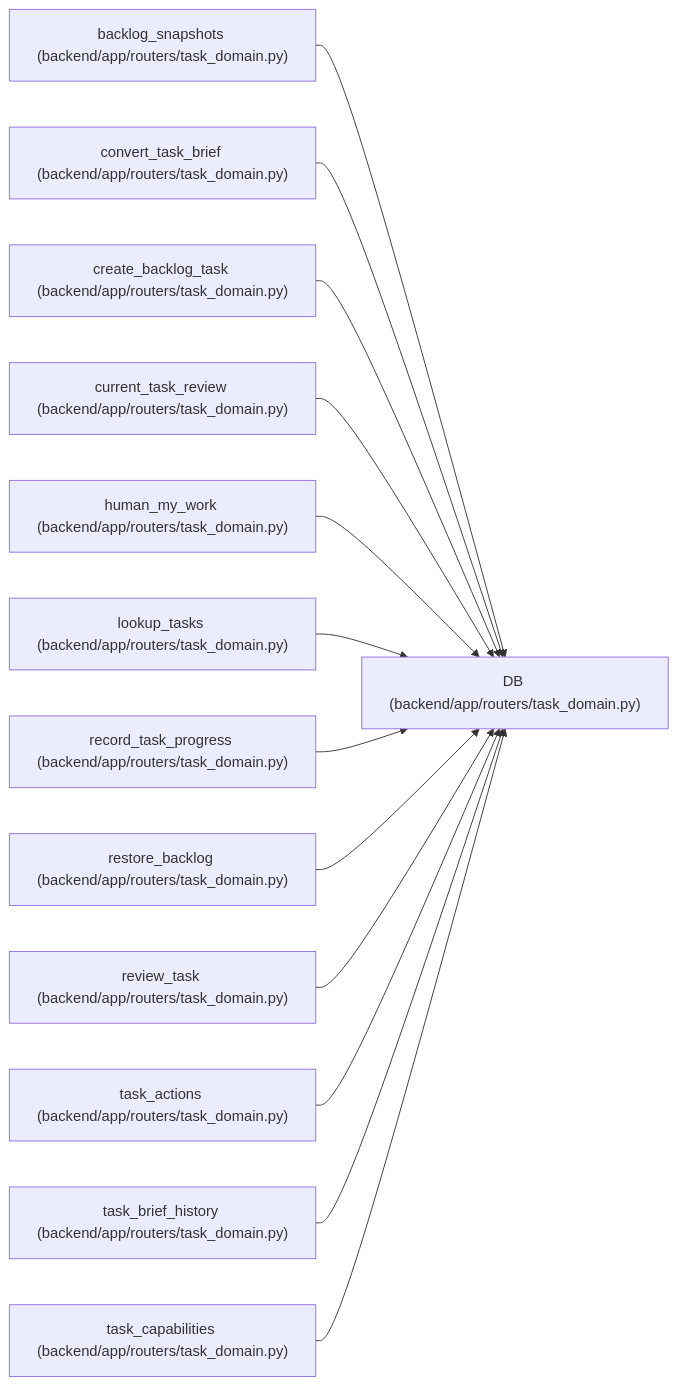
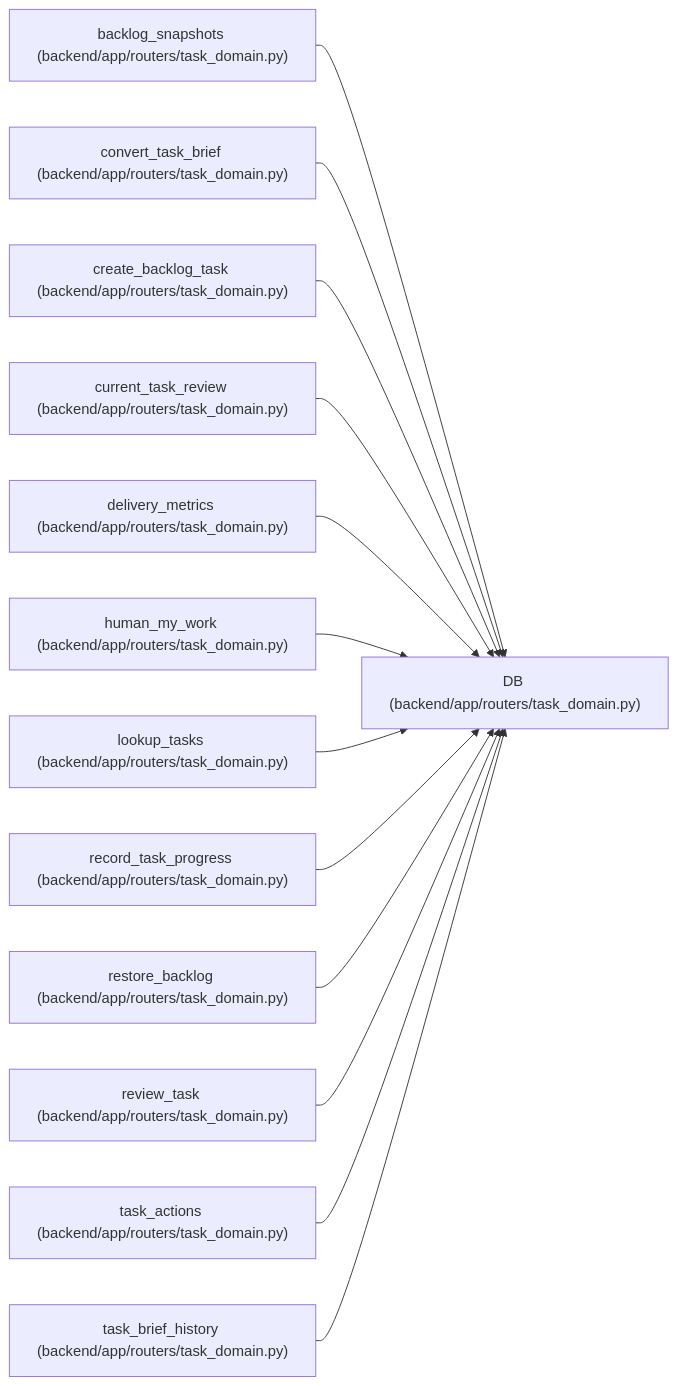
The diagram in docs/llm_wiki/entities/DB.md (Denissvgn/WorkChord), drawn with Mermaid before and after one commit. The commit also changed other lines of this file and 628 other files, not shown here.

````diff
--- a/docs/llm_wiki/entities/DB.md
+++ b/docs/llm_wiki/entities/DB.md
@@ -24,41 +24,41 @@
 ```mermaid
 flowchart LR
     n0["DB (backend/app/routers/task_domain.py)"]
     n1["backlog_snapshots (backend/app/routers/task_domain.py)"]
     n2["convert_task_brief (backend/app/routers/task_domain.py)"]
     n3["create_backlog_task (backend/app/routers/task_domain.py)"]
     n4["current_task_review (backend/app/routers/task_domain.py)"]
-    n5["human_my_work (backend/app/routers/task_domain.py)"]
-    n6["lookup_tasks (backend/app/routers/task_domain.py)"]
-    n7["record_task_progress (backend/app/routers/task_domain.py)"]
-    n8["restore_backlog (backend/app/routers/task_domain.py)"]
-    n9["review_task (backend/app/routers/task_domain.py)"]
-    n10["task_actions (backend/app/routers/task_domain.py)"]
-    n11["task_brief_history (backend/app/routers/task_domain.py)"]
-    n12["task_capabilities (backend/app/routers/task_domain.py)"]
+    n5["delivery_metrics (backend/app/routers/task_domain.py)"]
+    n6["human_my_work (backend/app/routers/task_domain.py)"]
+    n7["lookup_tasks (backend/app/routers/task_domain.py)"]
+    n8["record_task_progress (backend/app/routers/task_domain.py)"]
+    n9["restore_backlog (backend/app/routers/task_domain.py)"]
+    n10["review_task (backend/app/routers/task_domain.py)"]
+    n11["task_actions (backend/app/routers/task_domain.py)"]
+    n12["task_brief_history (backend/app/routers/task_domain.py)"]
     n1 --> n0
     n2 --> n0
     n3 --> n0
     n4 --> n0
     n5 --> n0
     n6 --> n0
     n7 --> n0
     n8 --> n0
     n9 --> n0
     n10 --> n0
     n11 --> n0
     n12 --> n0
     click n0 "../modules/routers_task_domain.md"
     click n1 "../modules/routers_task_domain.md"
     click n2 "../modules/routers_task_domain.md"
     click n3 "../modules/routers_task_domain.md"
     click n4 "../modules/routers_task_domain.md"
     click n5 "../modules/routers_task_domain.md"
     click n6 "../modules/routers_task_domain.md"
     click n7 "../modules/routers_task_domain.md"
     click n8 "../modules/routers_task_domain.md"
     click n9 "../modules/routers_task_domain.md"
     click n10 "../modules/routers_task_domain.md"
     click n11 "../modules/routers_task_domain.md"
     click n12 "../modules/routers_task_domain.md"
 ```
````
